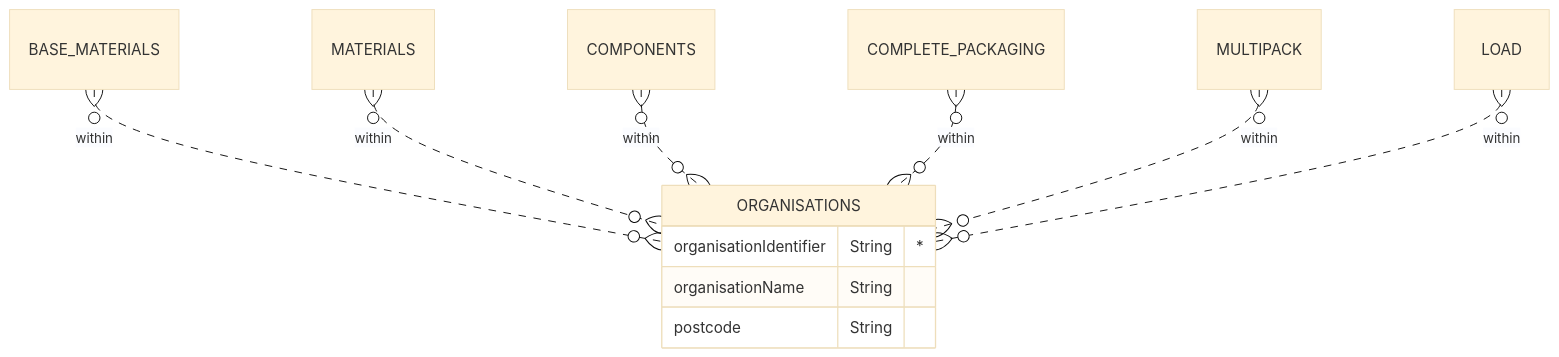
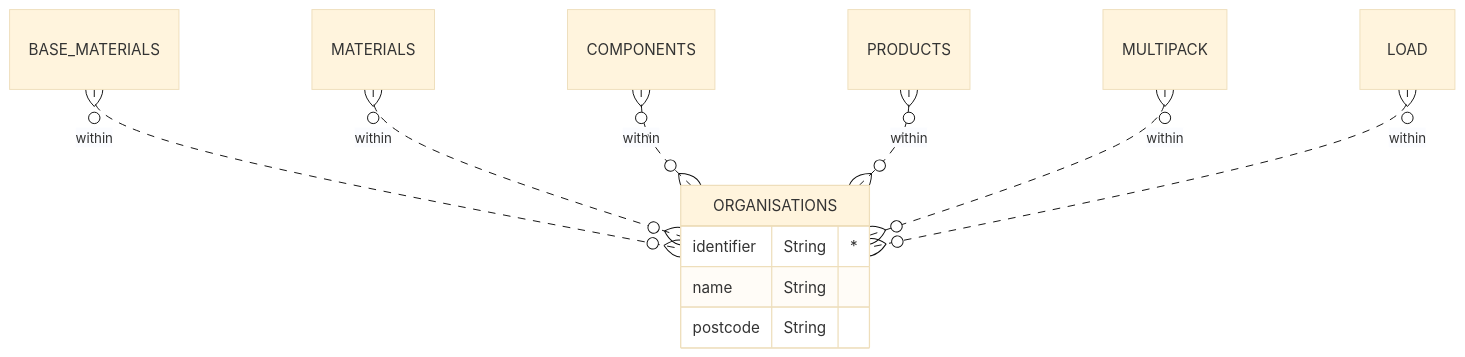
One commit to OpenDataManchester/OSTFD changed the diagram in docs/relationship-lists/organisations.md. Above: the diagram before and after it, drawn with Mermaid (base theme). The commit also changed other lines of this file and 46 other files, not shown here.

````diff
--- a/docs/relationship-lists/organisations.md
+++ b/docs/relationship-lists/organisations.md
@@ -26,14 +26,14 @@
 ``` mermaid
 erDiagram
   BASE_MATERIALS }o..o{ ORGANISATIONS : within
   MATERIALS }o..o{ ORGANISATIONS : within
   COMPONENTS }o..o{ ORGANISATIONS : within
-  COMPLETE_PACKAGING }o..o{ ORGANISATIONS : within
+  PRODUCTS }o..o{ ORGANISATIONS : within
   MULTIPACK }o..o{ ORGANISATIONS : within
   LOAD }o..o{ ORGANISATIONS : within
   ORGANISATIONS {
-    organisationIdentifier String "*"
-    organisationName String
+    identifier String "*"
+    name String
     postcode String
   }
 ```
````
